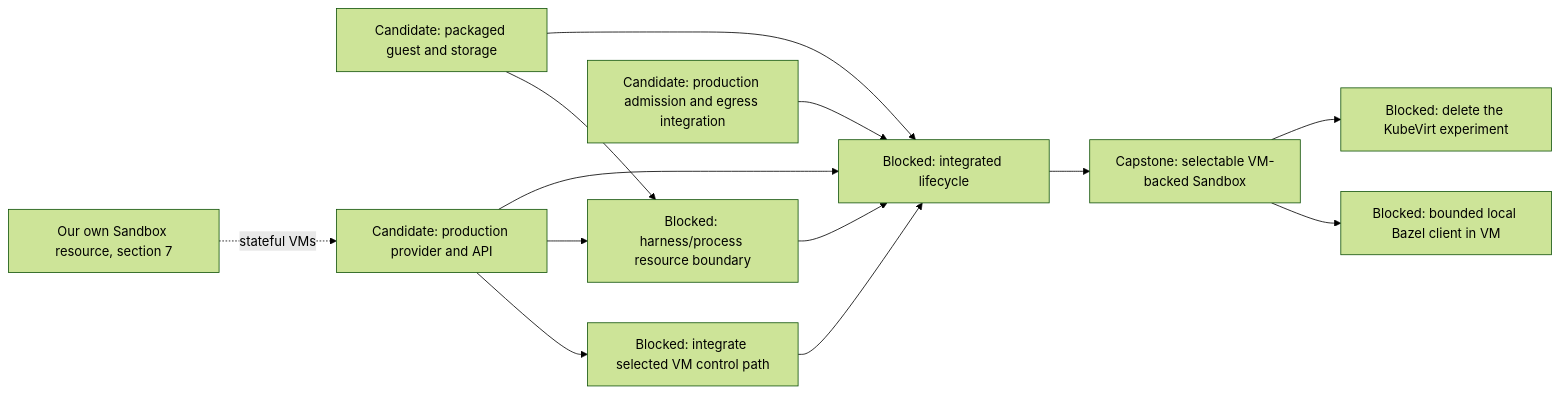
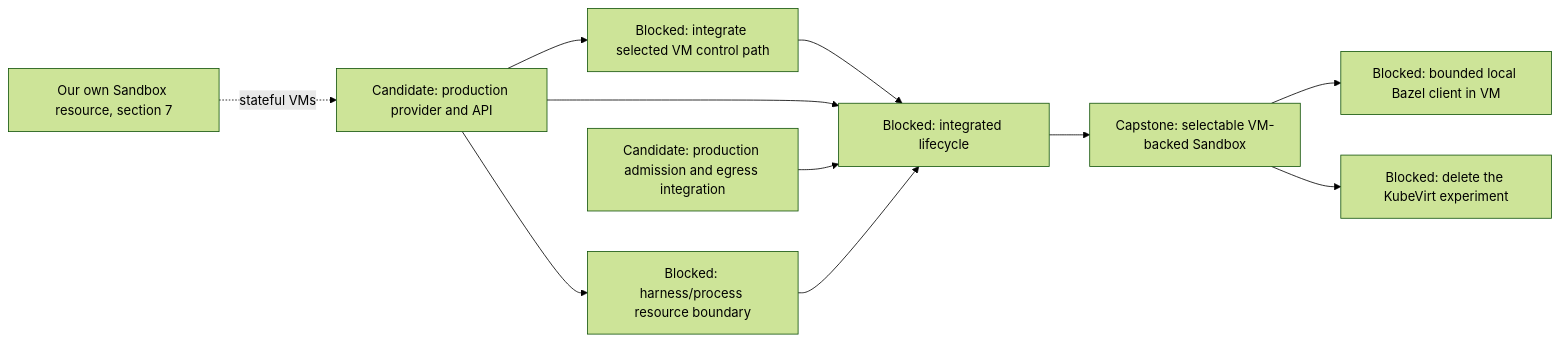
One commit to agentydragon/ducktape changed the sixth of 14 diagrams in agentplane/plans/task_dag.md. Above: the diagram before and after it, drawn with Mermaid (forest theme). The commit also changed other lines of this file and 16 other files, not shown here.

````diff
--- a/agentplane/plans/task_dag.md
+++ b/agentplane/plans/task_dag.md
@@ -334,22 +334,19 @@
 ```mermaid
 flowchart LR
     VM_CONTROL_NETWORKING[Blocked: integrate selected VM control path]
-    VM_IMAGE[Candidate: packaged guest and storage]
     VM_PROVIDER[Candidate: production provider and API]
     AGENTPLANE_SANDBOX_RESOURCE[Our own Sandbox resource, section 7]
     VM_EGRESS[Candidate: production admission and egress integration]
     VM_PROCESS_ISOLATION[Blocked: harness/process resource boundary]
     VM_LIFECYCLE[Blocked: integrated lifecycle]
     VM_PROVIDER --> VM_CONTROL_NETWORKING
     AGENTPLANE_SANDBOX_RESOURCE -. stateful VMs .-> VM_PROVIDER
     VM_CONTROL_NETWORKING --> VM_LIFECYCLE
-    VM_IMAGE --> VM_PROCESS_ISOLATION
     VM_PROVIDER --> VM_PROCESS_ISOLATION
-    VM_IMAGE --> VM_LIFECYCLE
     VM_PROVIDER --> VM_LIFECYCLE
     VM_EGRESS --> VM_LIFECYCLE
     VM_PROCESS_ISOLATION --> VM_LIFECYCLE
     VM_LIFECYCLE --> SANDBOX_VM_ISOLATION[Capstone: selectable VM-backed Sandbox]
     SANDBOX_VM_ISOLATION --> LOCAL_BAZEL[Blocked: bounded local Bazel client in VM]
     SANDBOX_VM_ISOLATION --> KUBEVIRT_EXPERIMENT_RETIRE[Blocked: delete the KubeVirt experiment]
 ```
````
